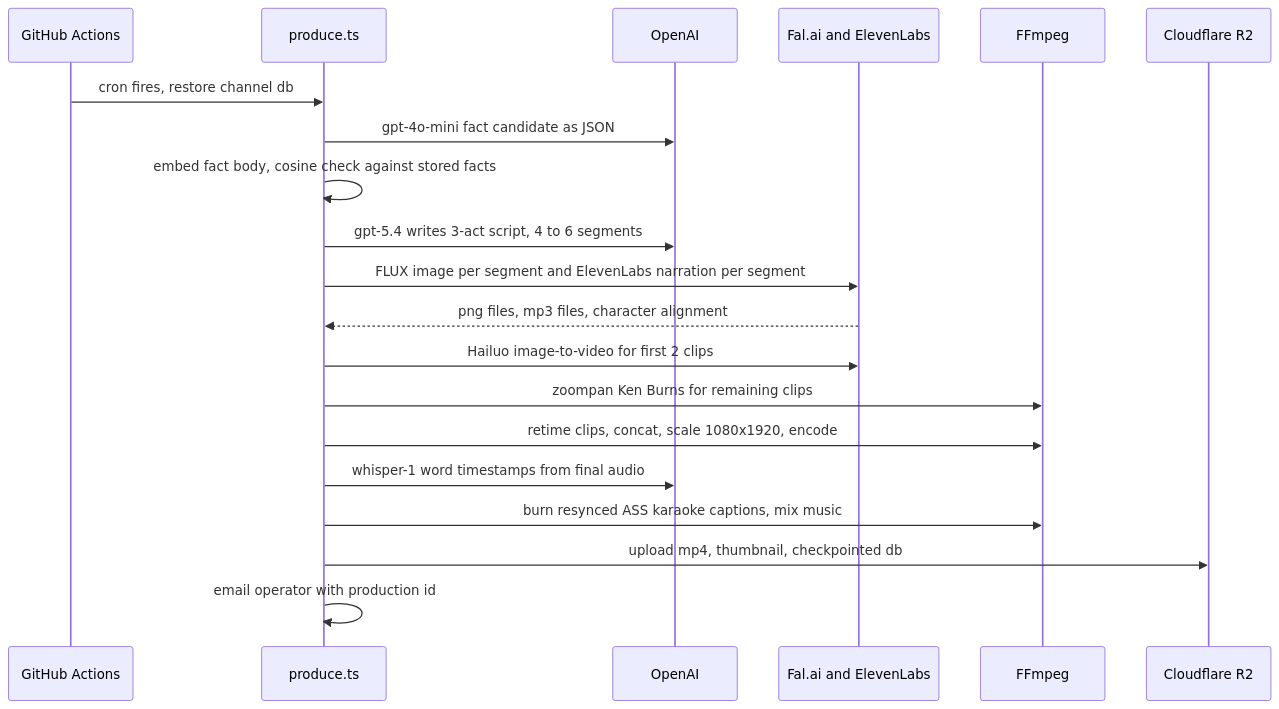
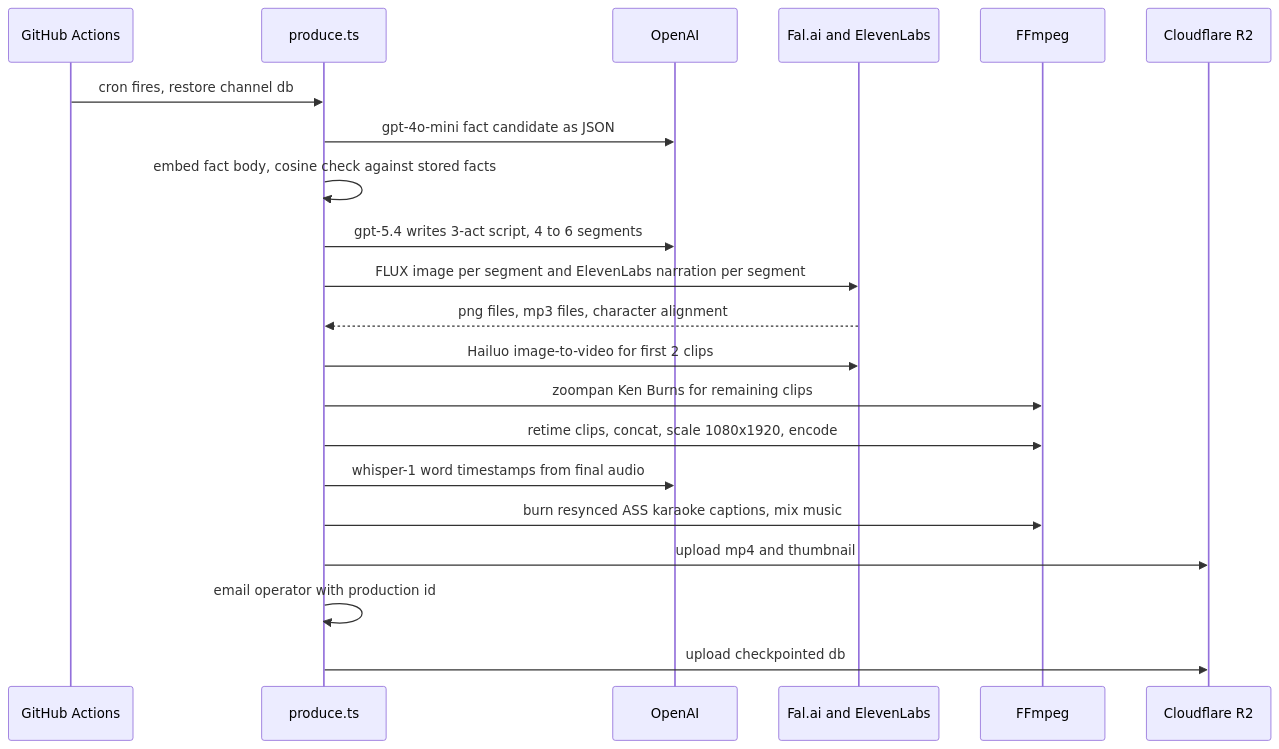
One commit to anirxdh/portfolio changed the diagram in content/diagrams/youtube-shorts-factory-automated-pipeline-flow.mmd. Above: the diagram before and after it, drawn with Mermaid. The commit also changed 77 other files, not shown here.

```diff
--- a/content/diagrams/youtube-shorts-factory-automated-pipeline-flow.mmd
+++ b/content/diagrams/youtube-shorts-factory-automated-pipeline-flow.mmd
@@ -1,20 +1,21 @@
 sequenceDiagram
   participant GA as GitHub Actions
   participant PR as produce.ts
   participant OA as OpenAI
   participant FA as Fal.ai and ElevenLabs
   participant FF as FFmpeg
   participant R2 as Cloudflare R2
   GA->>PR: cron fires, restore channel db
   PR->>OA: gpt-4o-mini fact candidate as JSON
   PR->>PR: embed fact body, cosine check against stored facts
   PR->>OA: gpt-5.4 writes 3-act script, 4 to 6 segments
   PR->>FA: FLUX image per segment and ElevenLabs narration per segment
   FA-->>PR: png files, mp3 files, character alignment
   PR->>FA: Hailuo image-to-video for first 2 clips
   PR->>FF: zoompan Ken Burns for remaining clips
   PR->>FF: retime clips, concat, scale 1080x1920, encode
   PR->>OA: whisper-1 word timestamps from final audio
   PR->>FF: burn resynced ASS karaoke captions, mix music
-  PR->>R2: upload mp4, thumbnail, checkpointed db
+  PR->>R2: upload mp4 and thumbnail
   PR->>PR: email operator with production id
+  PR->>R2: upload checkpointed db
```
